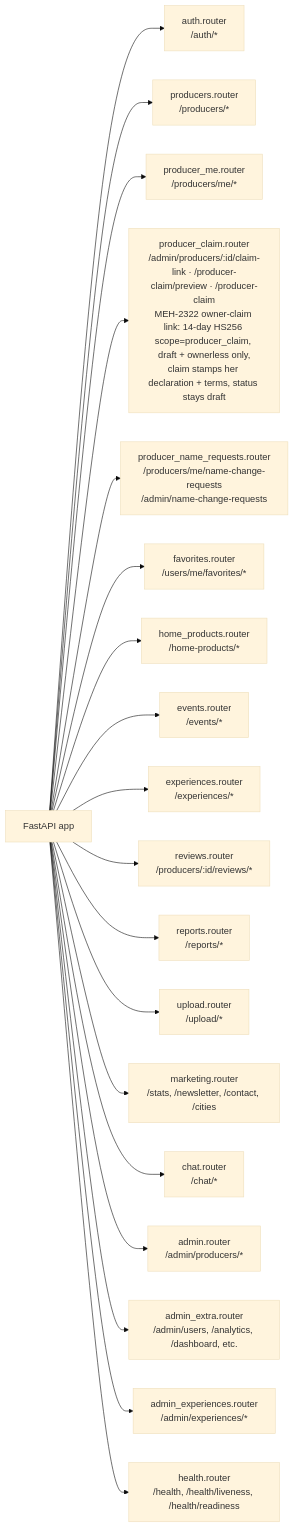
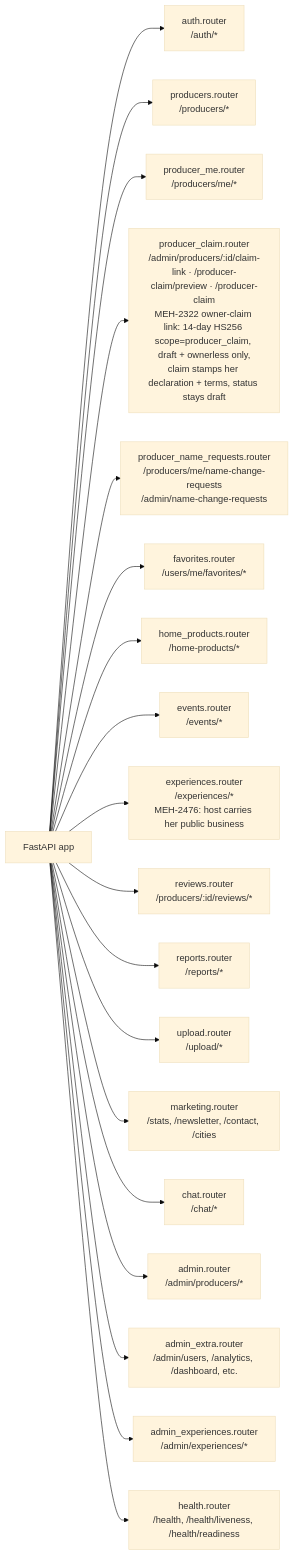
Before and after one commit to levismadar80-ship-it/FoodMamkor: the first of 7 diagrams in .ai/diagrams/api-routes.md, drawn with Mermaid (base theme). The commit also changed 11 other files, not shown here.

First line of the commit message:
feat(meh-2476): experience page shows duration, recurring schedule, place type; host business linked

````diff
--- a/.ai/diagrams/api-routes.md
+++ b/.ai/diagrams/api-routes.md
@@ -17,21 +17,21 @@
 ```mermaid
 graph LR
     App[FastAPI app] --> Auth[auth.router<br/>/auth/*]
     App --> Producers[producers.router<br/>/producers/*]
     App --> ProducerMe[producer_me.router<br/>/producers/me/*]
     App --> ProducerClaim[producer_claim.router<br/>/admin/producers/:id/claim-link · /producer-claim/preview · /producer-claim<br/>MEH-2322 owner-claim link: 14-day HS256 scope=producer_claim, draft + ownerless only,<br/>claim stamps her declaration + terms, status stays draft]
     App --> NameRequests[producer_name_requests.router<br/>/producers/me/name-change-requests<br/>/admin/name-change-requests]
     App --> Favorites[favorites.router<br/>/users/me/favorites/*]
     App --> HomeProducts[home_products.router<br/>/home-products/*]
     App --> Events[events.router<br/>/events/*]
-    App --> Experiences[experiences.router<br/>/experiences/*]
+    App --> Experiences[experiences.router<br/>/experiences/*<br/>MEH-2476: host carries her public business]
     App --> Reviews[reviews.router<br/>/producers/:id/reviews/*]
     App --> Reports[reports.router<br/>/reports/*]
     App --> Upload[upload.router<br/>/upload/*]
     App --> Marketing[marketing.router<br/>/stats, /newsletter, /contact, /cities]
     App --> Chat[chat.router<br/>/chat/*]
     App --> Admin[admin.router<br/>/admin/producers/*]
     App --> AdminExtra[admin_extra.router<br/>/admin/users, /analytics, /dashboard, etc.]
     App --> AdminExperiences[admin_experiences.router<br/>/admin/experiences/*]
     App --> Health[health.router<br/>/health, /health/liveness, /health/readiness]
 ```
````
